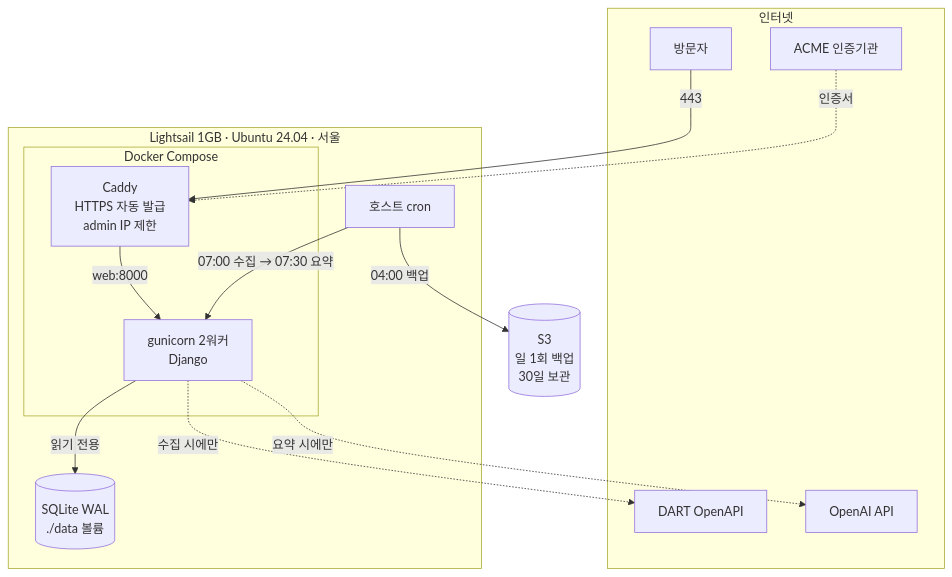
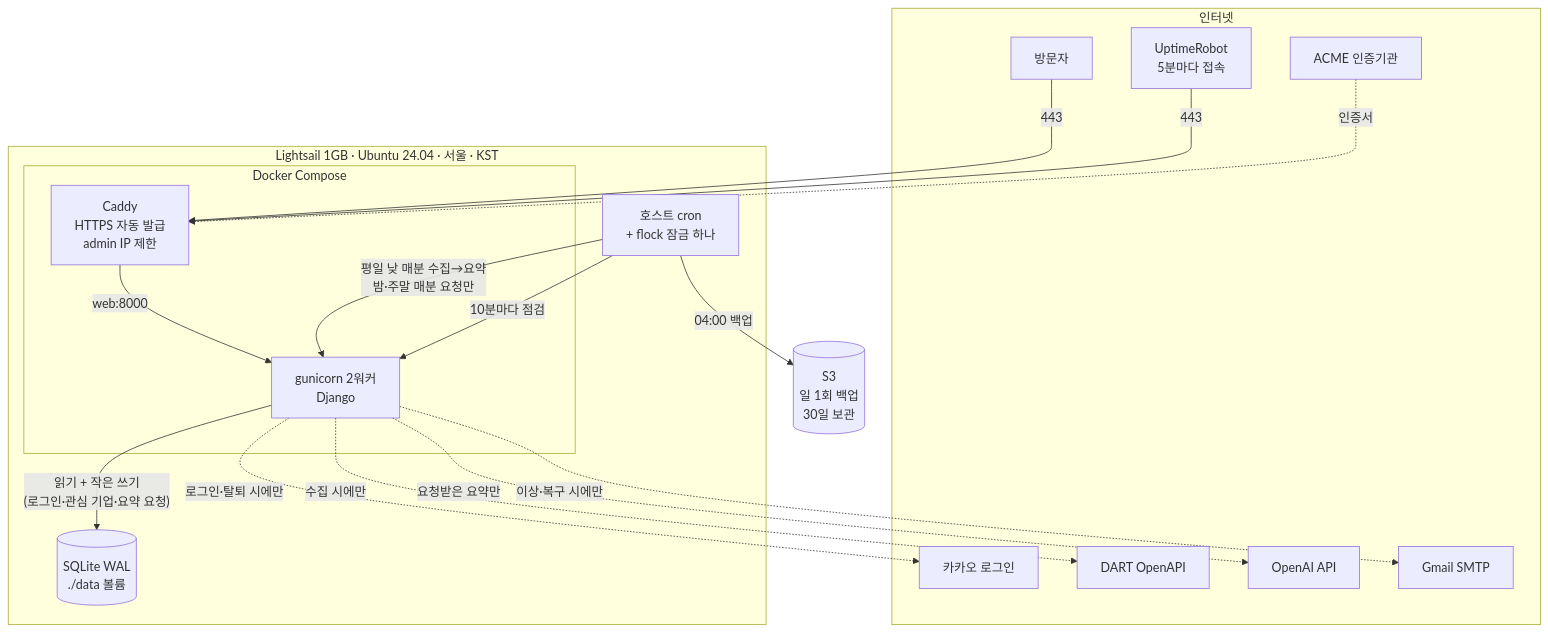
Before and after one commit to sonnyseokjun/DART-project: the diagram in DEPLOY.md, drawn with Mermaid. The commit also changed other lines of this file and 1 other file, not shown here.

````diff
--- a/DEPLOY.md
+++ b/DEPLOY.md
@@ -28,29 +33,36 @@
 ```mermaid
 flowchart TB
     subgraph internet [인터넷]
         user[방문자]
+        uptime[UptimeRobot<br/>5분마다 접속]
         acme[ACME 인증기관]
+        kakao[카카오 로그인]
         dart[DART OpenAPI]
         openai[OpenAI API]
+        gmail[Gmail SMTP]
     end
 
-    subgraph ls ["Lightsail 1GB · Ubuntu 24.04 · 서울"]
+    subgraph ls ["Lightsail 1GB · Ubuntu 24.04 · 서울 · KST"]
         subgraph compose [Docker Compose]
             caddy["Caddy<br/>HTTPS 자동 발급<br/>admin IP 제한"]
             web["gunicorn 2워커<br/>Django"]
         end
         db[("SQLite WAL<br/>./data 볼륨")]
-        cron["호스트 cron"]
+        cron["호스트 cron<br/>+ flock 잠금 하나"]
     end
 
     s3[("S3<br/>일 1회 백업<br/>30일 보관")]
 
     user -->|443| caddy
+    uptime -->|443| caddy
     caddy -->|web:8000| web
     acme -.->|인증서| caddy
-    web -->|읽기 전용| db
-    cron -->|"07:00 수집 → 07:30 요약"| web
+    web -->|"읽기 + 작은 쓰기<br/>(로그인·관심 기업·요약 요청)"| db
+    web -.->|로그인·탈퇴 시에만| kakao
+    cron -->|"평일 낮 매분 수집→요약<br/>밤·주말 매분 요청만"| web
+    cron -->|10분마다 점검| web
     cron -->|04:00 백업| s3
     web -.->|수집 시에만| dart
-    web -.->|요약 시에만| openai
+    web -.->|요청받은 요약만| openai
+    web -.->|이상·복구 시에만| gmail
 ```
````
